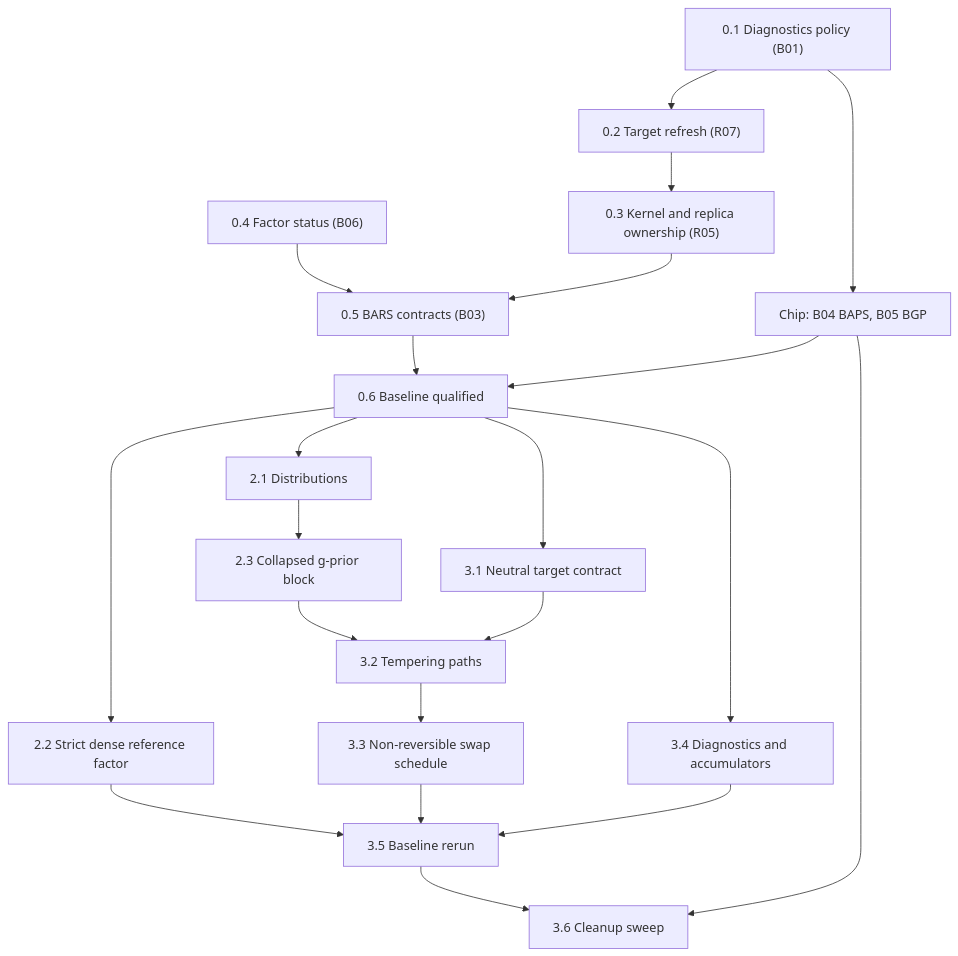
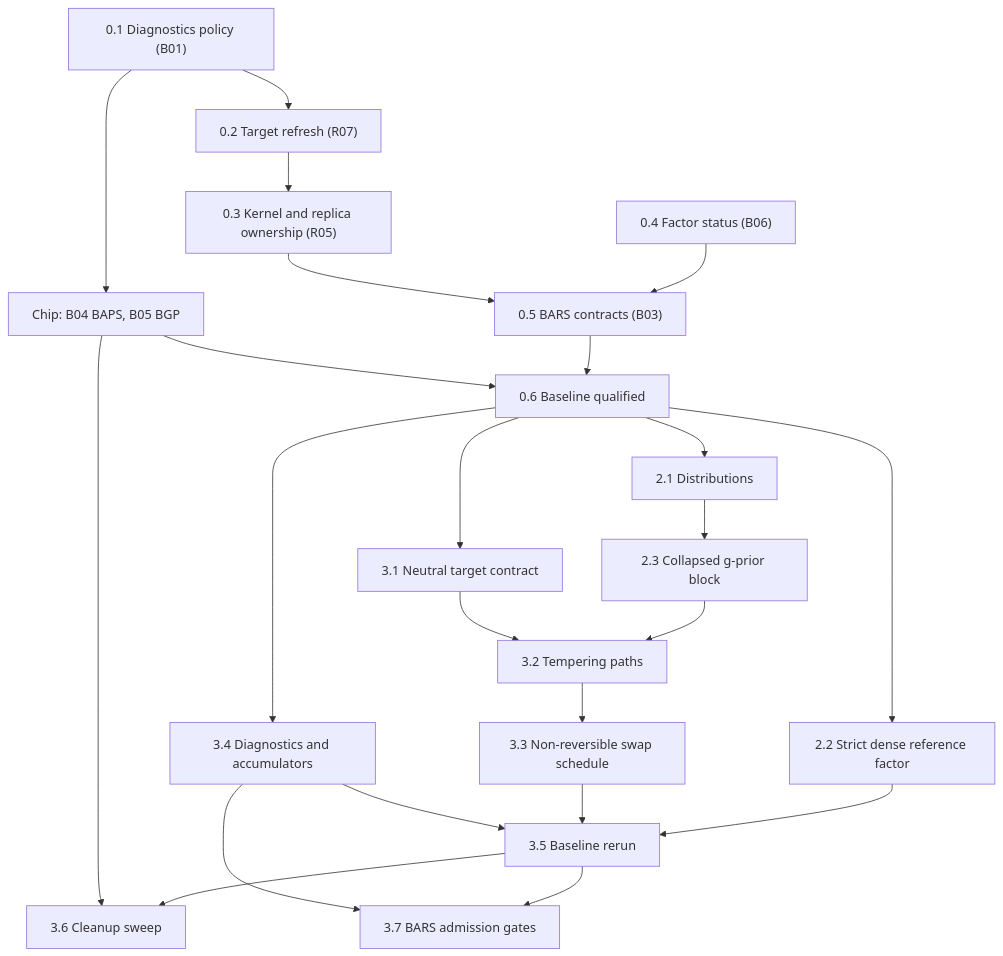
The diagram in issues/regression/bass-preparation-brief.md (aghado01/ThermoMapper), drawn with Mermaid before and after one commit. The commit also changed other lines of this file and 2 other files, not shown here.

First line of the commit message:
docs(regression): record the BARS admission decision and its evidence

````diff
--- a/issues/regression/bass-preparation-brief.md
+++ b/issues/regression/bass-preparation-brief.md
@@ -30,23 +30,25 @@
 ```mermaid
 flowchart TD
     A["0.1 Diagnostics policy (B01)"] --> B["0.2 Target refresh (R07)"]
     B --> C["0.3 Kernel and replica ownership (R05)"]
     A --> X["Chip: B04 BAPS, B05 BGP"]
     D["0.4 Factor status (B06)"] --> E["0.5 BARS contracts (B03)"]
     C --> E
     E --> G["0.6 Baseline qualified"]
     X --> G
     G --> H["2.1 Distributions"]
     G --> I["2.2 Strict dense reference factor"]
     H --> J["2.3 Collapsed g-prior block"]
     G --> K["3.1 Neutral target contract"]
     J --> L["3.2 Tempering paths"]
     K --> L
     L --> M["3.3 Non-reversible swap schedule"]
     G --> N["3.4 Diagnostics and accumulators"]
     I --> O["3.5 Baseline rerun"]
     M --> O
     N --> O
     O --> P["3.6 Cleanup sweep"]
     X --> P
+    O --> Q["3.7 BARS admission gates"]
+    N --> Q
 ```
````
